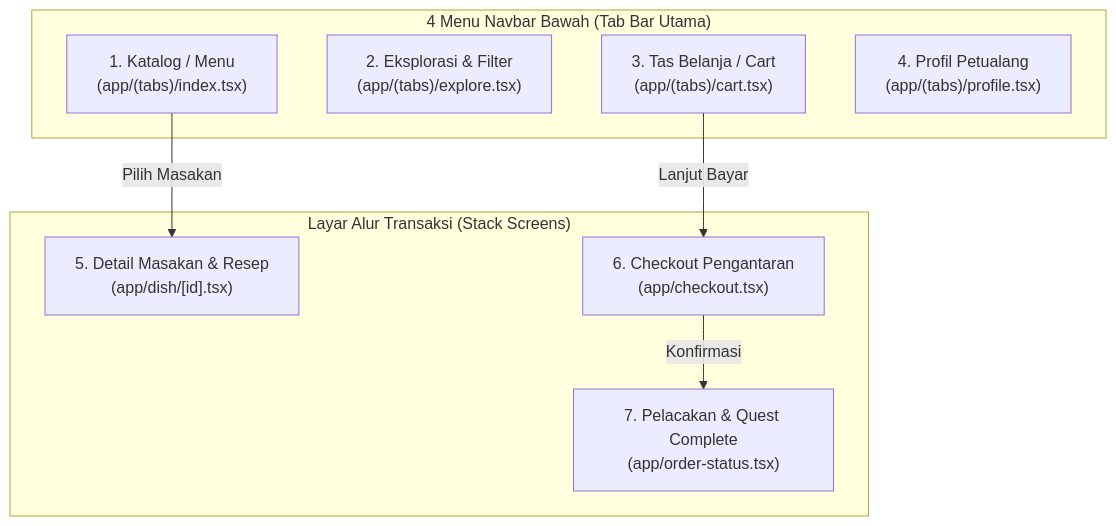
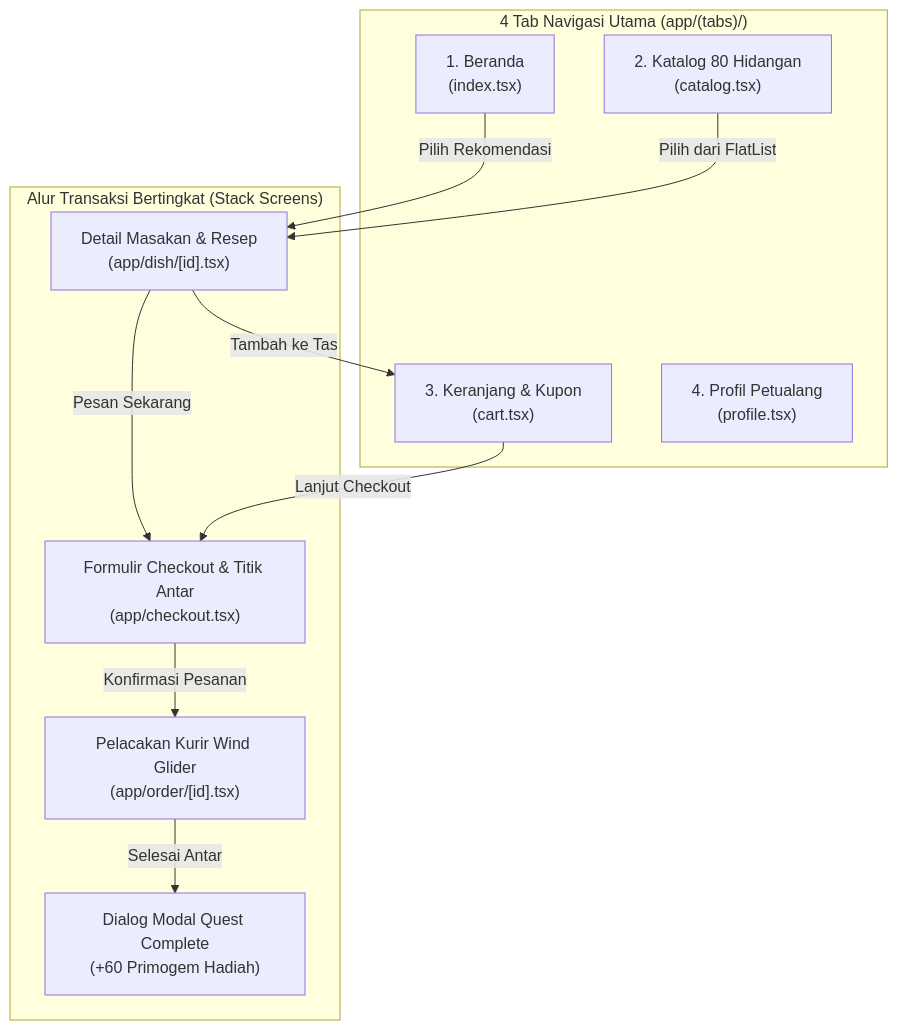
One commit to DarRahman/teyvat-delicacies changed the first of 2 diagrams in README.md. Above: the diagram before and after it, drawn with Mermaid. The commit also changed other lines of this file and 21 other files, not shown here.

````diff
--- a/README.md
+++ b/README.md
@@ -27,15 +127,19 @@
 ```mermaid
 flowchart TD
-    subgraph BottomNavbar ["4 Menu Navbar Bawah (Tab Bar Utama)"]
-        Tab1["1. Katalog / Menu<br/>(app/(tabs)/index.tsx)"]
-        Tab2["2. Eksplorasi & Filter<br/>(app/(tabs)/explore.tsx)"]
-        Tab3["3. Tas Belanja / Cart<br/>(app/(tabs)/cart.tsx)"]
-        Tab4["4. Profil Petualang<br/>(app/(tabs)/profile.tsx)"]
+    subgraph BottomTabs ["4 Tab Navigasi Utama (app/(tabs)/)"]
+        Tab1["1. Beranda<br/>(index.tsx)"]
+        Tab2["2. Katalog 80 Hidangan<br/>(catalog.tsx)"]
+        Tab3["3. Keranjang & Kupon<br/>(cart.tsx)"]
+        Tab4["4. Profil Petualang<br/>(profile.tsx)"]
     end
 
-    subgraph StackScreens ["Layar Alur Transaksi (Stack Screens)"]
-        Tab1 -->|"Pilih Masakan"| Stack1["5. Detail Masakan & Resep<br/>(app/dish/[id].tsx)"]
-        Tab3 -->|"Lanjut Bayar"| Stack2["6. Checkout Pengantaran<br/>(app/checkout.tsx)"]
-        Stack2 -->|"Konfirmasi"| Stack3["7. Pelacakan & Quest Complete<br/>(app/order-status.tsx)"]
+    subgraph StackFlow ["Alur Transaksi Bertingkat (Stack Screens)"]
+        Tab1 -->|"Pilih Rekomendasi"| ScreenDetail["Detail Masakan & Resep<br/>(app/dish/[id].tsx)"]
+        Tab2 -->|"Pilih dari FlatList"| ScreenDetail
+        ScreenDetail -->|"Tambah ke Tas"| Tab3
+        ScreenDetail -->|"Pesan Sekarang"| ScreenCheckout["Formulir Checkout & Titik Antar<br/>(app/checkout.tsx)"]
+        Tab3 -->|"Lanjut Checkout"| ScreenCheckout
+        ScreenCheckout -->|"Konfirmasi Pesanan"| ScreenTrack["Pelacakan Kurir Wind Glider<br/>(app/order/[id].tsx)"]
+        ScreenTrack -->|"Selesai Antar"| ModalQuest["Dialog Modal Quest Complete<br/>(+60 Primogem Hadiah)"]
     end
 ```
````
